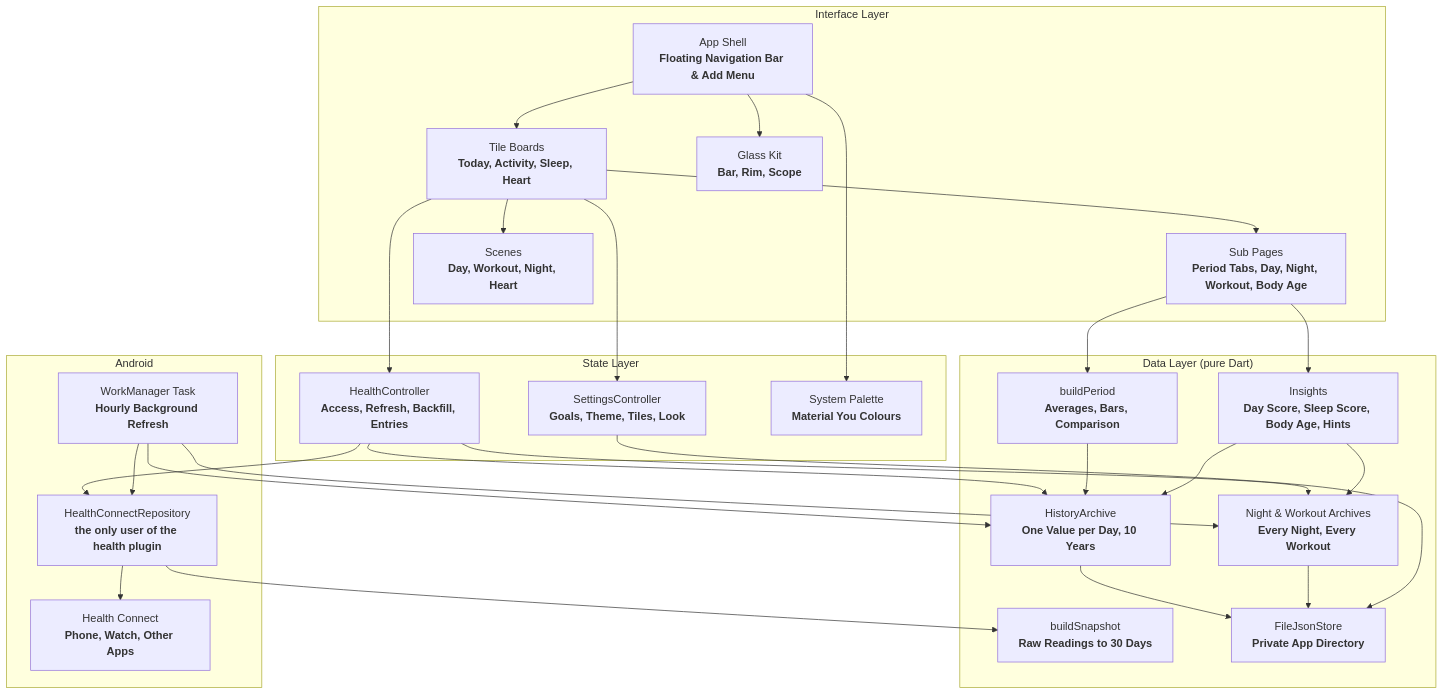
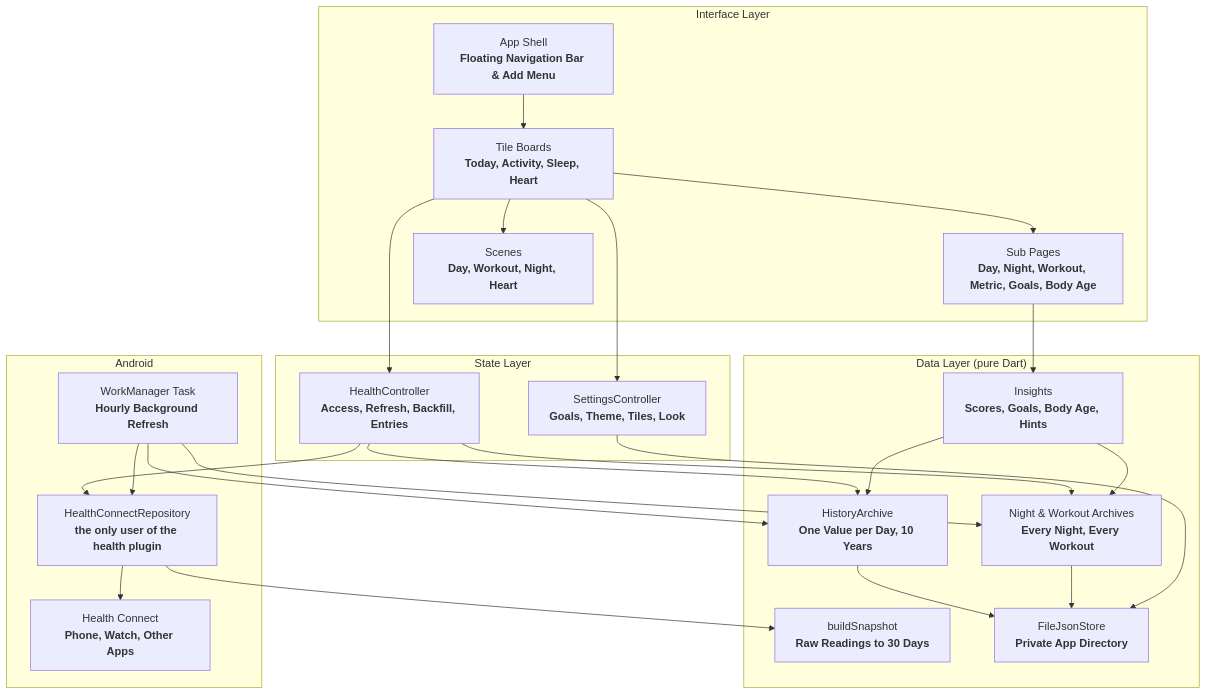
The diagram in README.md (tomsliikee/pulse), drawn with Mermaid before and after one commit. The commit also changed other lines of this file and 13 other files, not shown here.

First line of the commit message:
docs: rewrite the README as an app page; fix the status bar and a heading on sub pages

````diff
--- a/README.md
+++ b/README.md
@@ -298,55 +185,48 @@
 ```mermaid
 flowchart TD
     subgraph UI ["Interface Layer"]
         Shell["App Shell<br/><b>Floating Navigation Bar & Add Menu</b>"]
         Boards["Tile Boards<br/><b>Today, Activity, Sleep, Heart</b>"]
-        Detail["Sub Pages<br/><b>Period Tabs, Day, Night, Workout, Body Age</b>"]
+        Detail["Sub Pages<br/><b>Day, Night, Workout, Metric, Goals, Body Age</b>"]
         Scenes["Scenes<br/><b>Day, Workout, Night, Heart</b>"]
-        Glass["Glass Kit<br/><b>Bar, Rim, Scope</b>"]
     end
 
     subgraph State ["State Layer"]
         HealthCtrl["HealthController<br/><b>Access, Refresh, Backfill, Entries</b>"]
         SettingsCtrl["SettingsController<br/><b>Goals, Theme, Tiles, Look</b>"]
-        Palette["System Palette<br/><b>Material You Colours</b>"]
     end
 
     subgraph Data ["Data Layer (pure Dart)"]
         Builder["buildSnapshot<br/><b>Raw Readings to 30 Days</b>"]
-        Period["buildPeriod<br/><b>Averages, Bars, Comparison</b>"]
-        Insights["Insights<br/><b>Day Score, Sleep Score, Body Age, Hints</b>"]
+        Insights["Insights<br/><b>Scores, Goals, Body Age, Hints</b>"]
         History["HistoryArchive<br/><b>One Value per Day, 10 Years</b>"]
         Archives["Night & Workout Archives<br/><b>Every Night, Every Workout</b>"]
         Store["FileJsonStore<br/><b>Private App Directory</b>"]
     end
 
     subgraph Device ["Android"]
         Repo["HealthConnectRepository<br/><b>the only user of the health plugin</b>"]
         HC["Health Connect<br/><b>Phone, Watch, Other Apps</b>"]
         Worker["WorkManager Task<br/><b>Hourly Background Refresh</b>"]
     end
 
     Shell --> Boards
-    Shell --> Glass
     Boards --> Detail
     Boards --> Scenes
     Boards --> HealthCtrl
     Boards --> SettingsCtrl
-    Detail --> Period
     Detail --> Insights
-    Shell --> Palette
     HealthCtrl --> Repo
     HealthCtrl --> History
     HealthCtrl --> Archives
     Repo --> Builder
     Repo --> HC
     Worker --> Repo
     Worker --> History
     Worker --> Archives
-    Period --> History
     Insights --> Archives
     Insights --> History
     History --> Store
     Archives --> Store
     SettingsCtrl --> Store
 ```
````
